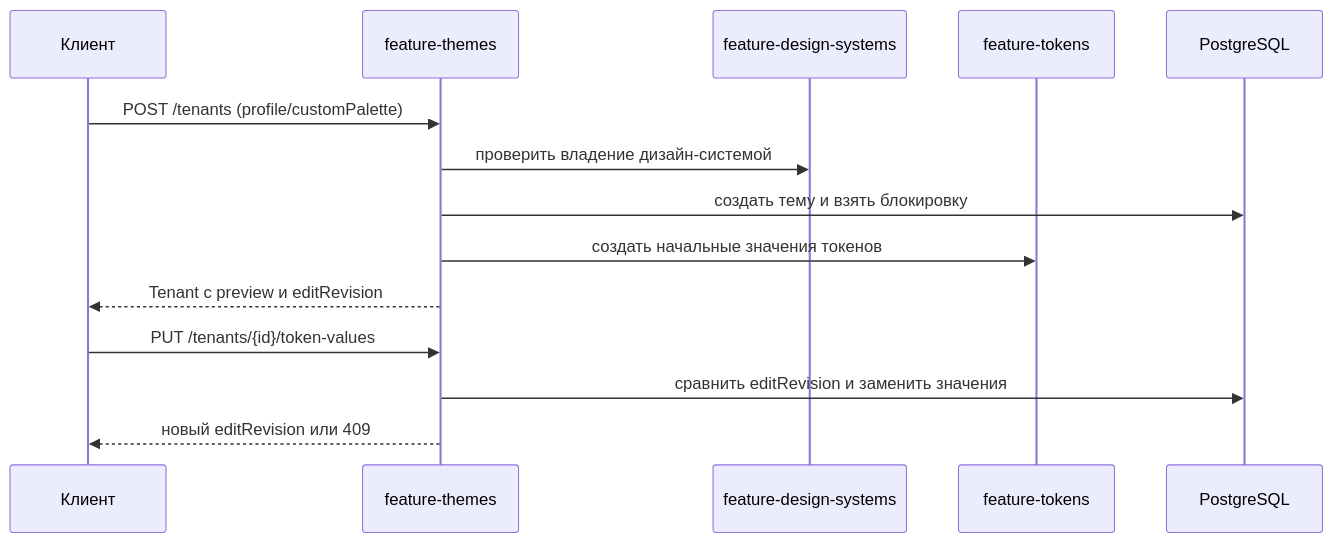
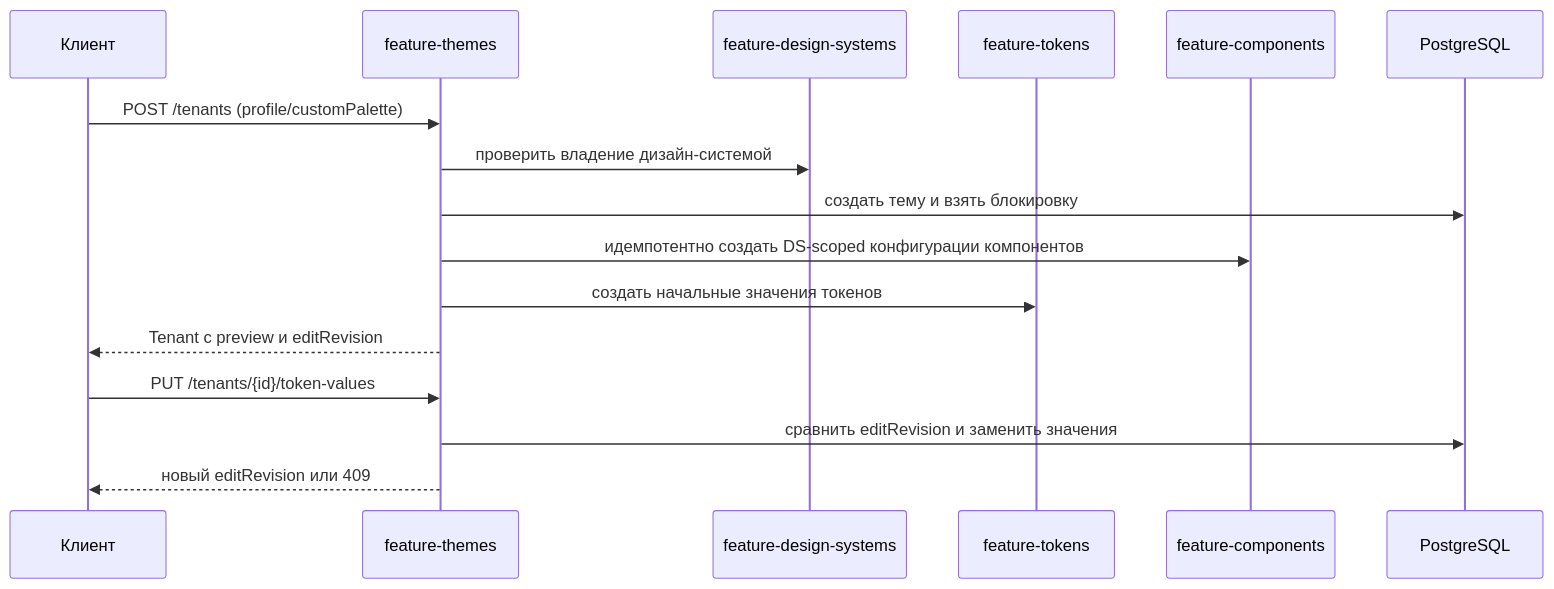
Before and after one commit to salute-developers/design-system-builder: the second of 4 diagrams in openspec/changes/migrate-db-service-to-kotlin-ds-service/design.md, drawn with Mermaid. The commit also changed other lines of this file and 25 other files, not shown here.

````diff
--- a/openspec/changes/migrate-db-service-to-kotlin-ds-service/design.md
+++ b/openspec/changes/migrate-db-service-to-kotlin-ds-service/design.md
@@ -83,16 +83,18 @@
 ```mermaid
 sequenceDiagram
     participant C as Клиент
     participant T as feature-themes
     participant D as feature-design-systems
     participant V as feature-tokens
+    participant P as feature-components
     participant DB as PostgreSQL
     C->>T: POST /tenants (profile/customPalette)
     T->>D: проверить владение дизайн-системой
     T->>DB: создать тему и взять блокировку
+    T->>P: идемпотентно создать DS-scoped конфигурации компонентов
     T->>V: создать начальные значения токенов
     T-->>C: Tenant с preview и editRevision
     C->>T: PUT /tenants/{id}/token-values
     T->>DB: сравнить editRevision и заменить значения
     T-->>C: новый editRevision или 409
 ```
````
